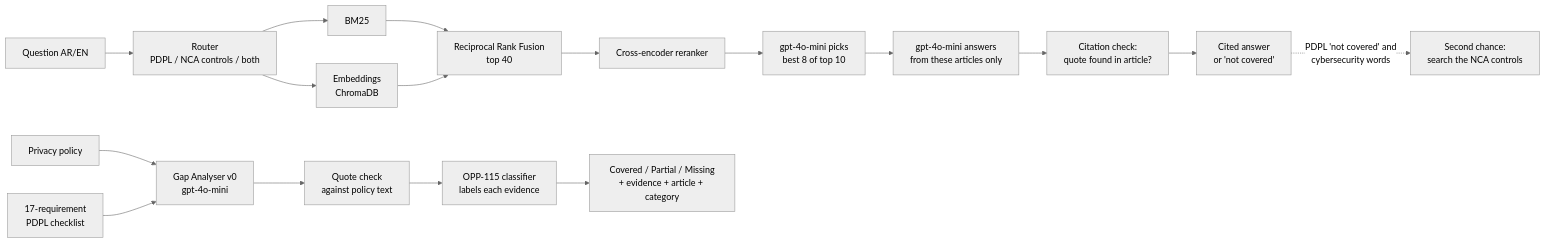
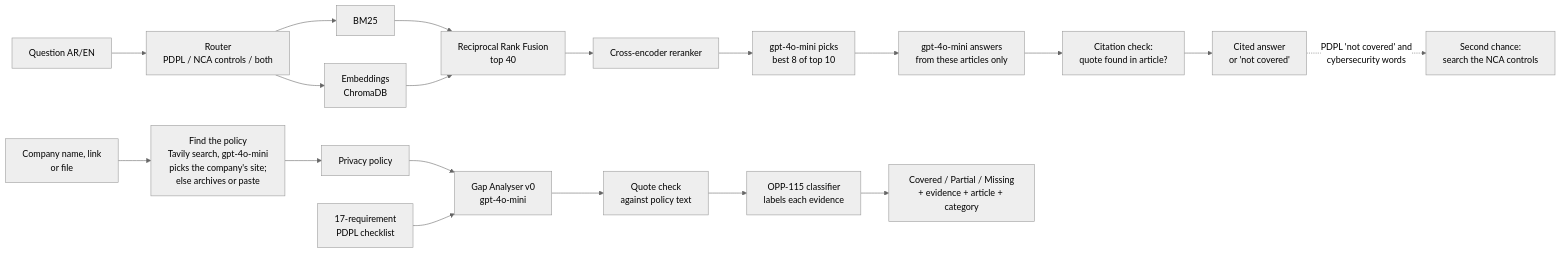
The diagram in README.md (dralsarrani/PDPLComplianceCopilot), drawn with Mermaid (neutral theme) before and after one commit.

Commit message:
README: policy search step in the diagram

````diff
--- a/README.md
+++ b/README.md
@@ -44,20 +44,22 @@
 ```mermaid
 flowchart LR
     Q[Question AR/EN] --> RT[Router<br/>PDPL / NCA controls / both]
     RT --> B[BM25]
     RT --> E[Embeddings<br/>ChromaDB]
     B --> F[Reciprocal Rank Fusion<br/>top 40]
     E --> F
     F --> R[Cross-encoder reranker]
     R --> L[gpt-4o-mini picks<br/>best 8 of top 10]
     L --> A[gpt-4o-mini answers<br/>from these articles only]
     A --> C[Citation check:<br/>quote found in article?]
     C --> OUT[Cited answer<br/>or 'not covered']
     OUT -. PDPL 'not covered' and<br/>cybersecurity words .-> SC[Second chance:<br/>search the NCA controls]
 
-    P[Privacy policy] --> G[Gap Analyser v0<br/>gpt-4o-mini]
+    N[Company name, link<br/>or file] --> FP[Find the policy<br/>Tavily search, gpt-4o-mini<br/>picks the company's site;<br/>else archives or paste]
+    FP --> P[Privacy policy]
+    P --> G[Gap Analyser v0<br/>gpt-4o-mini]
     K[17-requirement<br/>PDPL checklist] --> G
     G --> V[Quote check<br/>against policy text]
     V --> CL[OPP-115 classifier<br/>labels each evidence]
     CL --> REP[Covered / Partial / Missing<br/>+ evidence + article + category]
 ```
````
